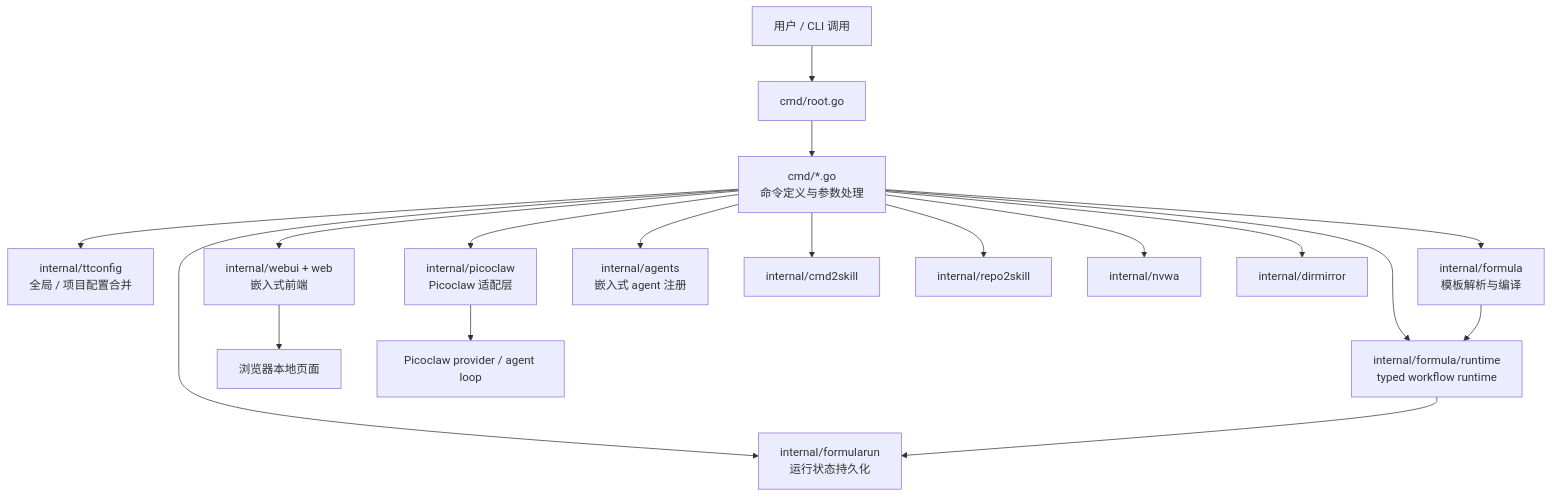
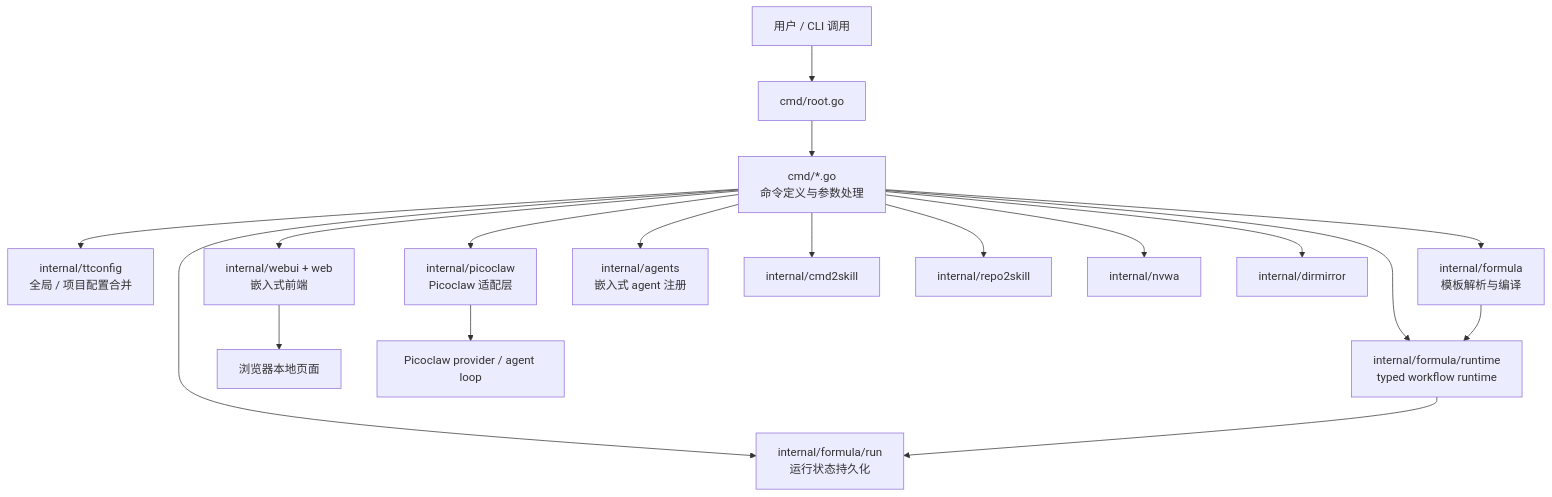
One commit to sjzsdu/tt changed the first of 7 diagrams in ai-docs/architecture.md. Above: the diagram before and after it, drawn with Mermaid. The commit also changed other lines of this file and 65 other files, not shown here.

Commit message:
refactor(formula): split internal packages into subdirectories

````diff
--- a/ai-docs/architecture.md
+++ b/ai-docs/architecture.md
@@ -15,23 +15,23 @@
 ```mermaid
 flowchart TD
     U[用户 / CLI 调用] --> ROOT[cmd/root.go]
 
     ROOT --> CMD1[cmd/*.go\n命令定义与参数处理]
 
     CMD1 --> CFG[internal/ttconfig\n全局 / 项目配置合并]
     CMD1 --> WEBUI[internal/webui + web\n嵌入式前端]
     CMD1 --> PC[internal/picoclaw\nPicoclaw 适配层]
     CMD1 --> FORMULA[internal/formula\n模板解析与编译]
     CMD1 --> FRUNTIME[internal/formula/runtime\ntyped workflow runtime]
-    CMD1 --> RUNSTORE[internal/formularun\n运行状态持久化]
+    CMD1 --> RUNSTORE[internal/formula/run\n运行状态持久化]
     CMD1 --> AGENTS[internal/agents\n嵌入式 agent 注册]
     CMD1 --> TOOL1[internal/cmd2skill]
     CMD1 --> TOOL2[internal/repo2skill]
     CMD1 --> TOOL3[internal/nvwa]
     CMD1 --> TOOL4[internal/dirmirror]
 
     WEBUI --> BROWSER[浏览器本地页面]
     PC --> PICO[Picoclaw provider / agent loop]
     FORMULA --> FRUNTIME
     FRUNTIME --> RUNSTORE
 ```
````
